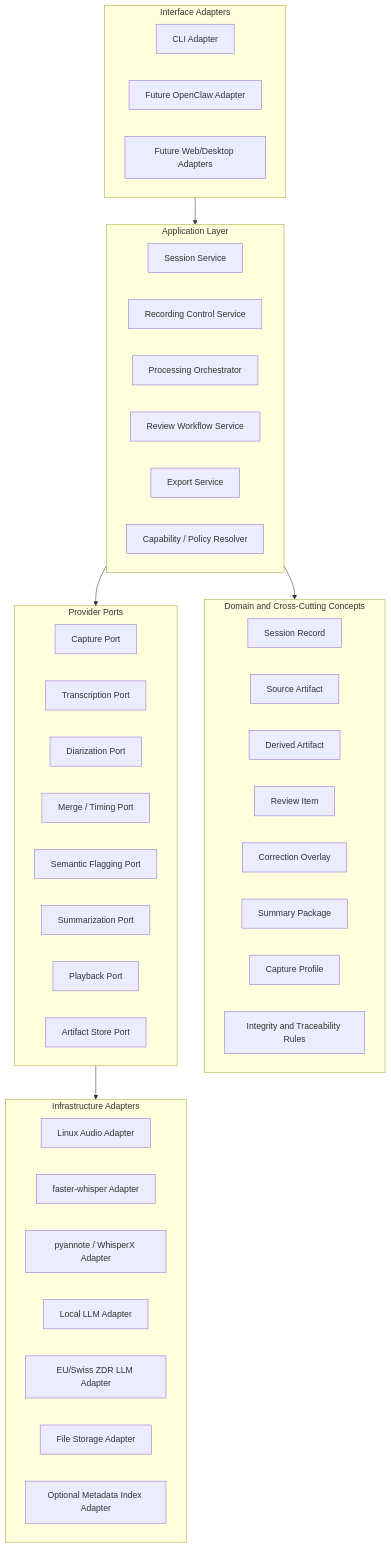
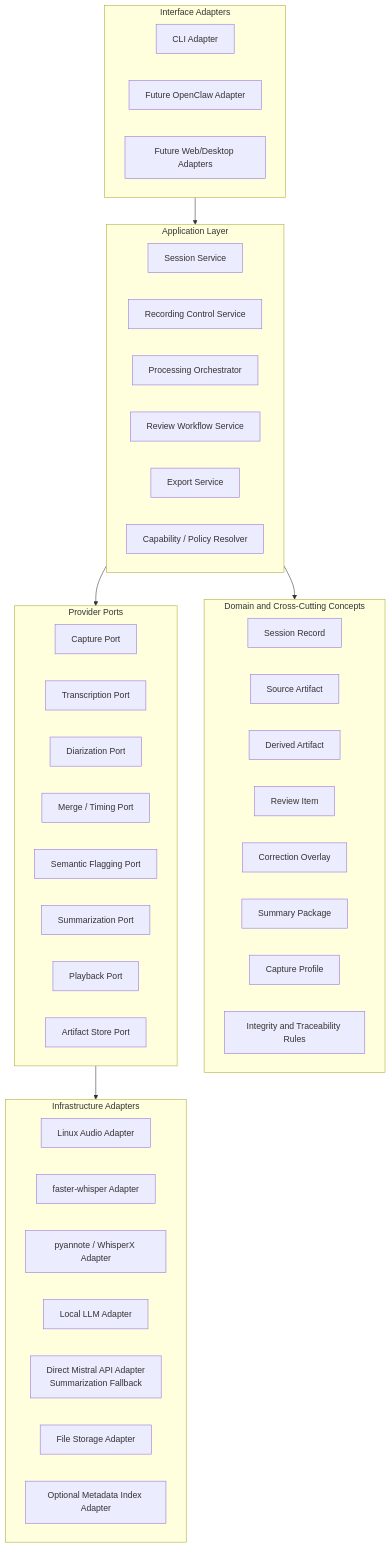
Before and after one commit to dothackerman/mena: the second of 3 diagrams in docs/architecture/architecture-overview.md, drawn with Mermaid. The commit also changed other lines of this file and 20 other files, not shown here.

Commit message:
Incorporate architecture review decisions

````diff
--- a/docs/architecture/architecture-overview.md
+++ b/docs/architecture/architecture-overview.md
@@ -247,54 +260,54 @@
 ```mermaid
 flowchart TD
     subgraph I[Interface Adapters]
         CLI[CLI Adapter]
         OCA[Future OpenClaw Adapter]
         WUI[Future Web/Desktop Adapters]
     end
 
     subgraph A[Application Layer]
         SS[Session Service]
         RCS[Recording Control Service]
         PO[Processing Orchestrator]
         RW[Review Workflow Service]
         ES[Export Service]
         CPR[Capability / Policy Resolver]
     end
 
     subgraph D[Domain and Cross-Cutting Concepts]
         SR[Session Record]
         SA[Source Artifact]
         DA[Derived Artifact]
         RI[Review Item]
         CO[Correction Overlay]
         SP[Summary Package]
         CP[Capture Profile]
         IT[Integrity and Traceability Rules]
     end
 
     subgraph P[Provider Ports]
         CAP[Capture Port]
         TP[Transcription Port]
         DP[Diarization Port]
         MP[Merge / Timing Port]
         SFP[Semantic Flagging Port]
         SUP[Summarization Port]
         PP[Playback Port]
         ASP[Artifact Store Port]
     end
 
     subgraph X[Infrastructure Adapters]
         LA[Linux Audio Adapter]
         FW[faster-whisper Adapter]
         PW[pyannote / WhisperX Adapter]
         LLM[Local LLM Adapter]
-        ZDR[EU/Swiss ZDR LLM Adapter]
+        Mistral[Direct Mistral API Adapter\nSummarization Fallback]
         FS[File Storage Adapter]
         IDX[Optional Metadata Index Adapter]
     end
 
     I --> A
     A --> D
     A --> P
     P --> X
 ```
````
